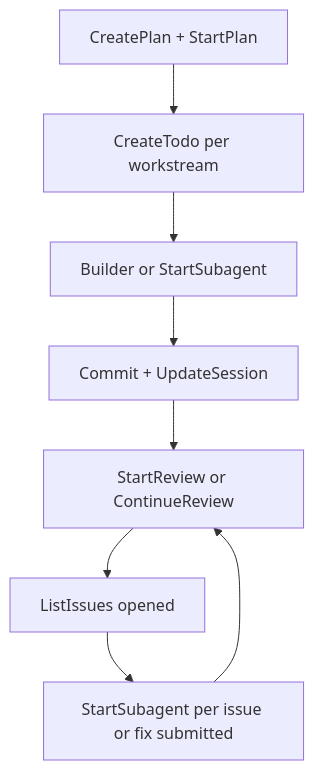
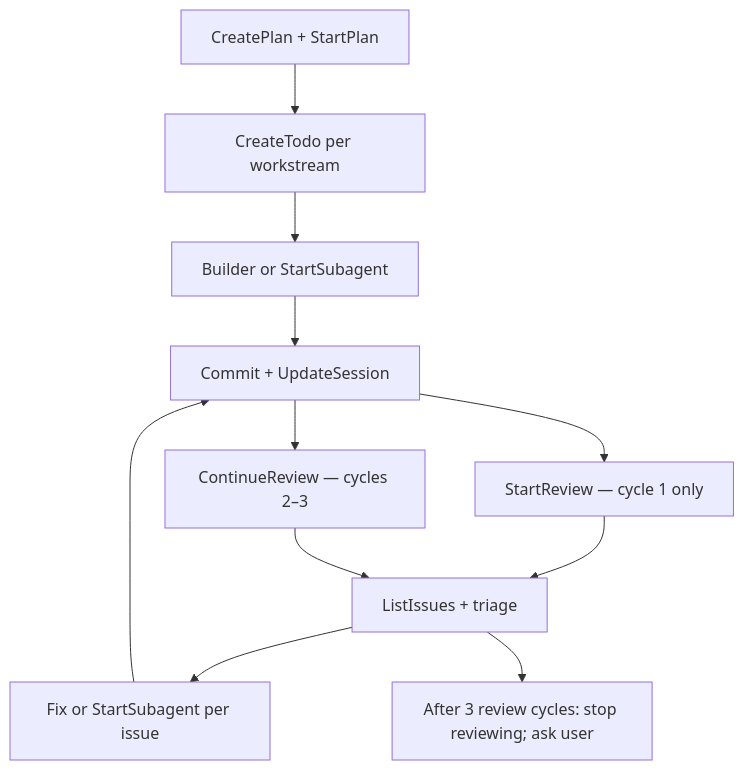
One commit to adrien-k/baguette changed the diagram in server/skills/delegation.md. Above: the diagram before and after it, drawn with Mermaid. The commit also changed other lines of this file, not shown here.

Commit message:
Delegation skill: StartReview first, max 3 review cycles

````diff
--- a/server/skills/delegation.md
+++ b/server/skills/delegation.md
@@ -91,10 +107,13 @@
 ```mermaid
 flowchart TD
   plan[CreatePlan + StartPlan] --> todos[CreateTodo per workstream]
   todos --> build[Builder or StartSubagent]
   build --> ship[Commit + UpdateSession]
-  ship --> review[StartReview or ContinueReview]
-  review --> issues[ListIssues opened]
-  issues --> dispatch[StartSubagent per issue or fix submitted]
-  dispatch --> review
+  ship --> firstReview[StartReview — cycle 1 only]
+  firstReview --> issues[ListIssues + triage]
+  issues --> dispatch[Fix or StartSubagent per issue]
+  dispatch --> ship
+  ship --> moreReview[ContinueReview — cycles 2–3]
+  moreReview --> issues
+  issues --> stopAt3[After 3 review cycles: stop reviewing; ask user]
 ```
````
